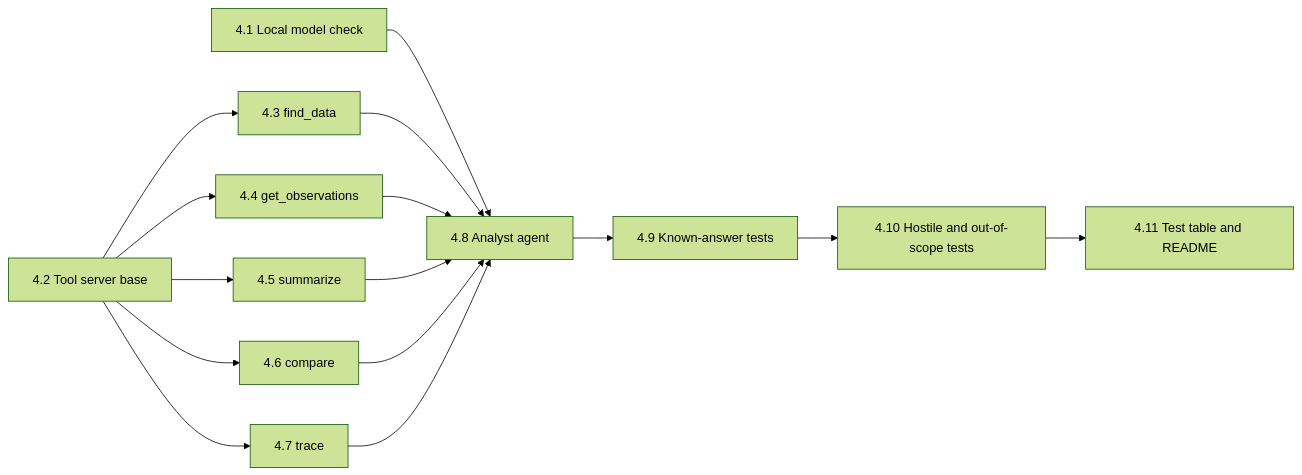
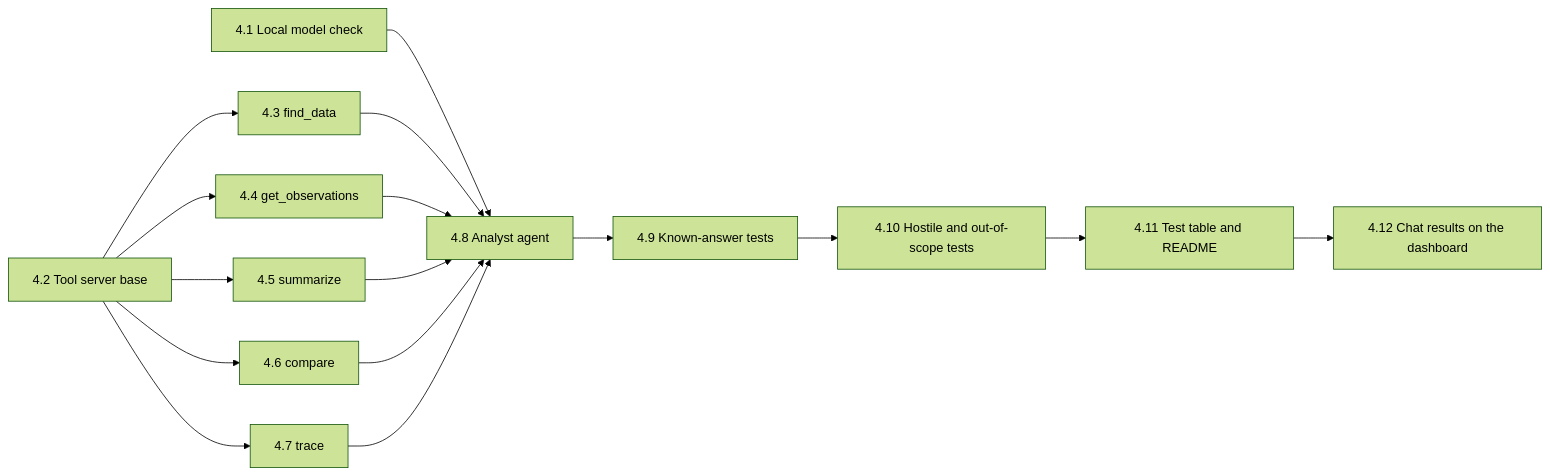
Before and after one commit to ShreyNiraula/air-quality-lakehouse: the fifth of 6 diagrams in ROADMAP.md, drawn with Mermaid (forest theme). The commit also changed other lines of this file and 1 other file, not shown here.

Commit message:
Add the owner's requests: self-explaining views, chat results on the dashboard, and partitioning by source and month

````diff
--- a/ROADMAP.md
+++ b/ROADMAP.md
@@ -385,28 +385,30 @@
 ```mermaid
 flowchart LR
   t4_1["4.1 Local model check"]
   t4_2["4.2 Tool server base"]
   t4_3["4.3 find_data"]
   t4_4["4.4 get_observations"]
   t4_5["4.5 summarize"]
   t4_6["4.6 compare"]
   t4_7["4.7 trace"]
   t4_8["4.8 Analyst agent"]
   t4_9["4.9 Known-answer tests"]
   t4_10["4.10 Hostile and out-of-scope tests"]
   t4_11["4.11 Test table and README"]
+  t4_12["4.12 Chat results on the dashboard"]
   t4_2 --> t4_3
   t4_2 --> t4_4
   t4_2 --> t4_5
   t4_2 --> t4_6
   t4_2 --> t4_7
   t4_1 --> t4_8
   t4_3 --> t4_8
   t4_4 --> t4_8
   t4_5 --> t4_8
   t4_6 --> t4_8
   t4_7 --> t4_8
   t4_8 --> t4_9
   t4_9 --> t4_10
   t4_10 --> t4_11
+  t4_11 --> t4_12
 ```
````
